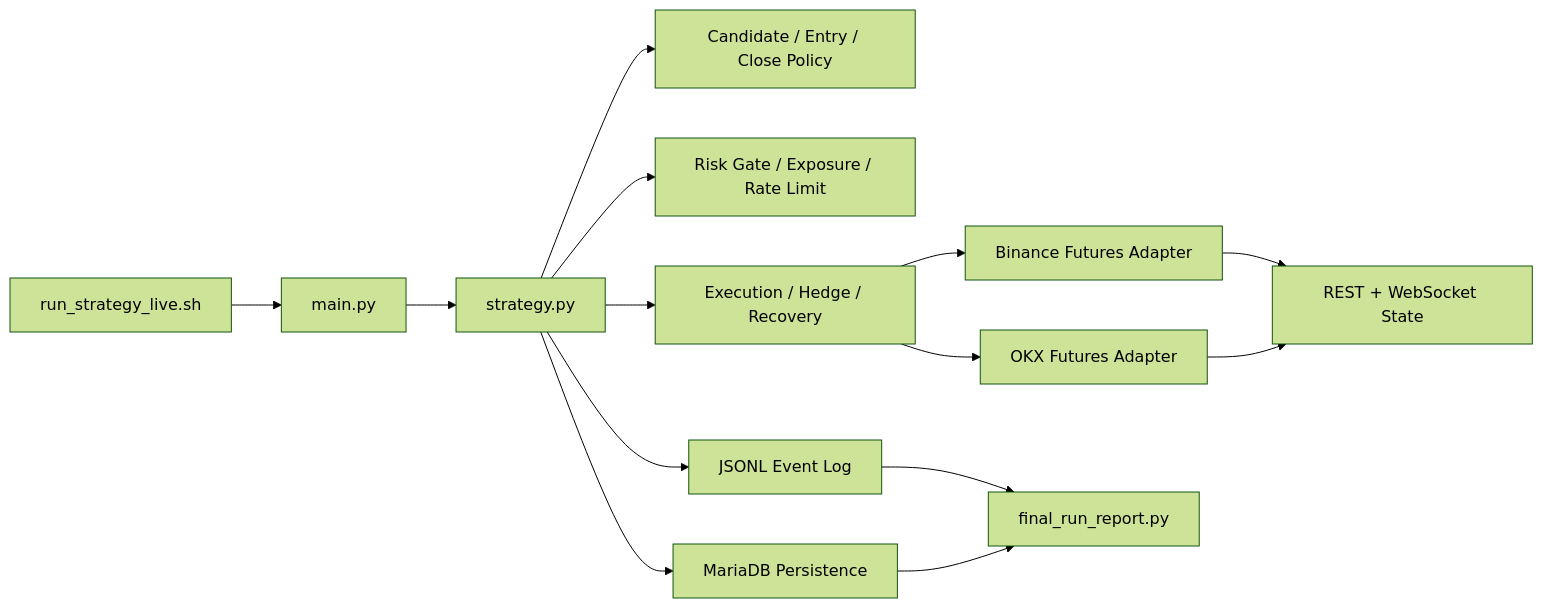
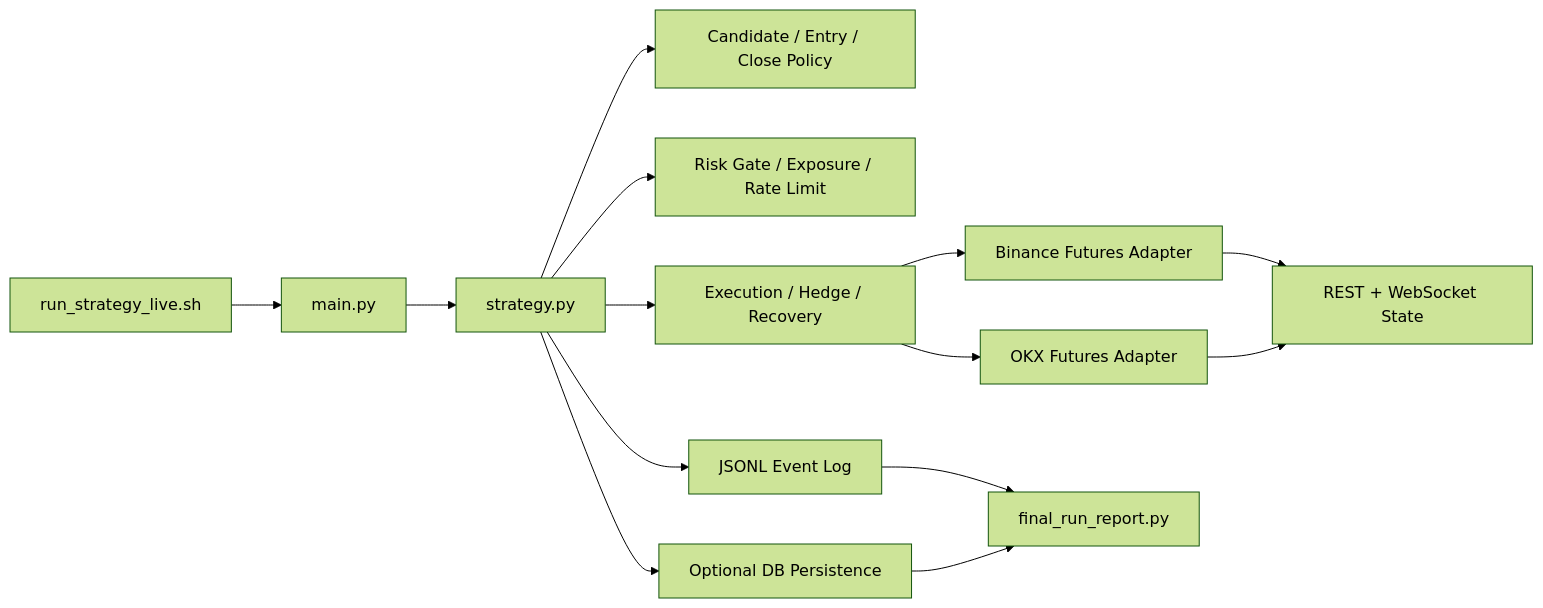
Before and after one commit to rhwhdgks/funding-arb-engine: the diagram in README.md, drawn with Mermaid (forest theme). The commit also changed other lines of this file and 18 other files, not shown here.

````diff
--- a/README.md
+++ b/README.md
@@ -78,16 +18,16 @@
 ```mermaid
 flowchart LR
     A[run_strategy_live.sh] --> B[main.py]
     B --> C[strategy.py]
     C --> D[Candidate / Entry / Close Policy]
     C --> E[Risk Gate / Exposure / Rate Limit]
     C --> F[Execution / Hedge / Recovery]
     F --> G[Binance Futures Adapter]
     F --> H[OKX Futures Adapter]
     G --> I[REST + WebSocket State]
     H --> I
     C --> J[JSONL Event Log]
-    C --> K[MariaDB Persistence]
+    C --> K[Optional DB Persistence]
     J --> L[final_run_report.py]
     K --> L
 ```
````
